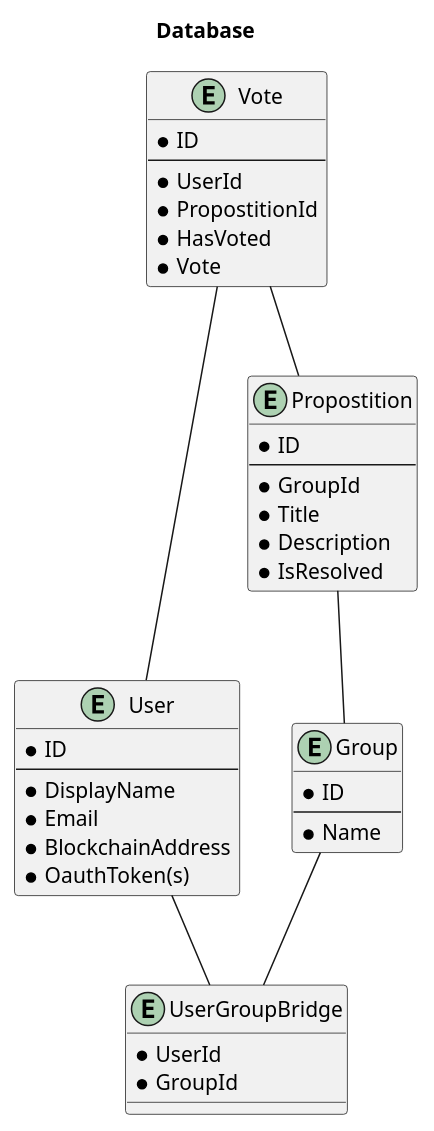
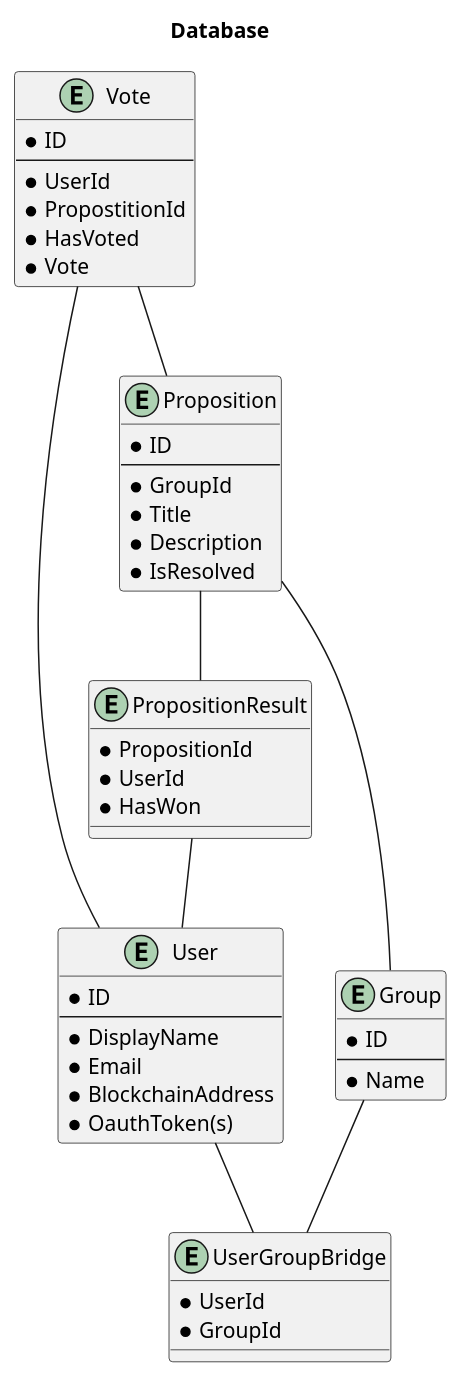
Before and after one commit to adhurjaty/prediction-app: the diagram in Diagrams/Database/db.puml, drawn with PlantUML. The commit also changed 1 other file, not shown here.

Commit message:
adds proposition result to db diagram

```diff
--- a/Diagrams/Database/db.puml
+++ b/Diagrams/Database/db.puml
@@ -1,49 +1,57 @@
 @startuml database
 
 title Database
 
 entity User {
     * ID
     ---
     * DisplayName
     * Email
     * BlockchainAddress
     * OauthToken(s)
 }
 
 entity Group {
     * ID
     ---
     * Name
 }
 
 entity UserGroupBridge {
     * UserId
     * GroupId
 }
 
-entity Propostition {
+entity Proposition {
     * ID
     ---
     * GroupId
     * Title
     * Description
     * IsResolved
 }
 
 entity Vote {
     * ID
     ---
     * UserId
     * PropostitionId
     * HasVoted
     * Vote
 }
 
+entity PropositionResult {
+    * PropositionId
+    * UserId
+    * HasWon
+}
+
 User -- UserGroupBridge
 Group -- UserGroupBridge
-Propostition -- Group
+Proposition -- Group
 Vote -- User
-Vote -- Propostition
+Vote -- Proposition
+Proposition -- PropositionResult
+PropositionResult -- User
 
 @enduml
```
